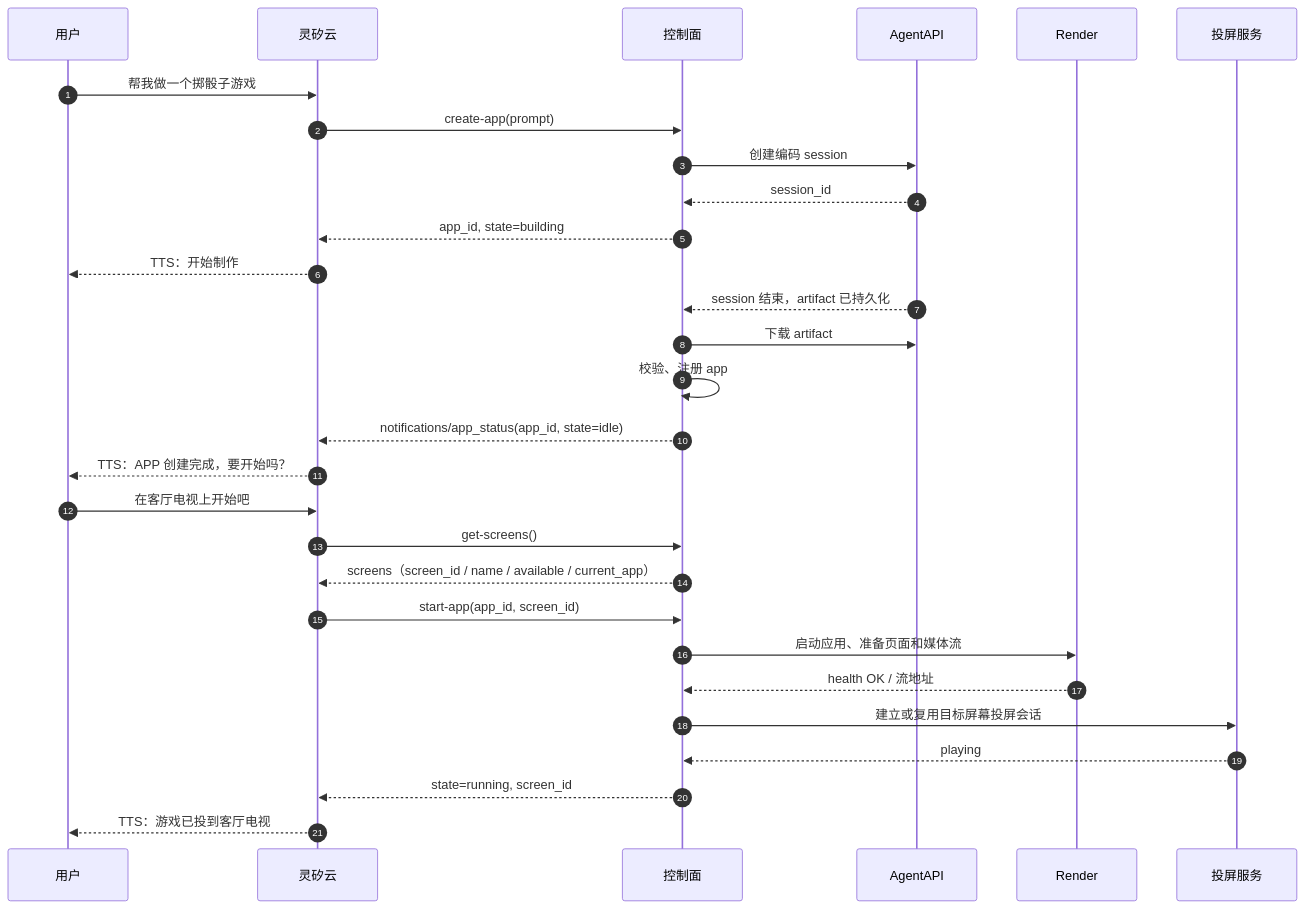
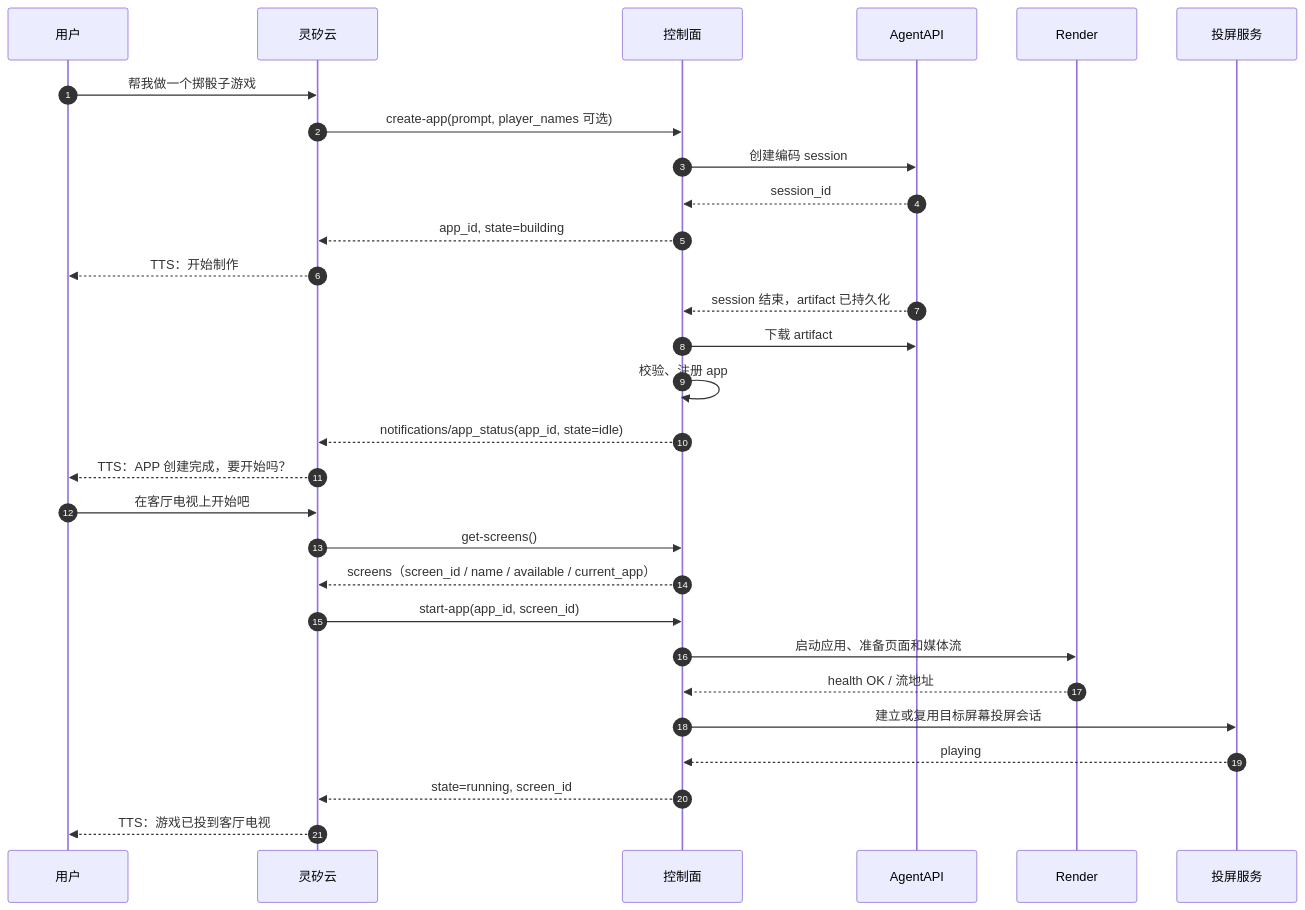
The diagram in docs/app-management-mcp.md (open-anywhere/open-anywhere), drawn with Mermaid before and after one commit. The commit also changed other lines of this file and 1 other file, not shown here.

First line of the commit message:
docs: create-app 传入玩家名称并直接作为身份 (#38)

````diff
--- a/docs/app-management-mcp.md
+++ b/docs/app-management-mcp.md
@@ -250,34 +290,34 @@
 ```mermaid
 sequenceDiagram
   autonumber
   participant U as 用户
   participant L as 灵矽云
   participant C as 控制面
   participant A as AgentAPI
   participant R as Render
   participant P as 投屏服务
 
   U->>L: 帮我做一个掷骰子游戏
-  L->>C: create-app(prompt)
+  L->>C: create-app(prompt, player_names 可选)
   C->>A: 创建编码 session
   A-->>C: session_id
   C-->>L: app_id, state=building
   L-->>U: TTS：开始制作
 
   A-->>C: session 结束，artifact 已持久化
   C->>A: 下载 artifact
   C->>C: 校验、注册 app
   C-->>L: notifications/app_status(app_id, state=idle)
   L-->>U: TTS：APP 创建完成，要开始吗？
 
   U->>L: 在客厅电视上开始吧
   L->>C: get-screens()
   C-->>L: screens（screen_id / name / available / current_app）
   L->>C: start-app(app_id, screen_id)
   C->>R: 启动应用、准备页面和媒体流
   R-->>C: health OK / 流地址
   C->>P: 建立或复用目标屏幕投屏会话
   P-->>C: playing
   C-->>L: state=running, screen_id
   L-->>U: TTS：游戏已投到客厅电视
 ```
````
